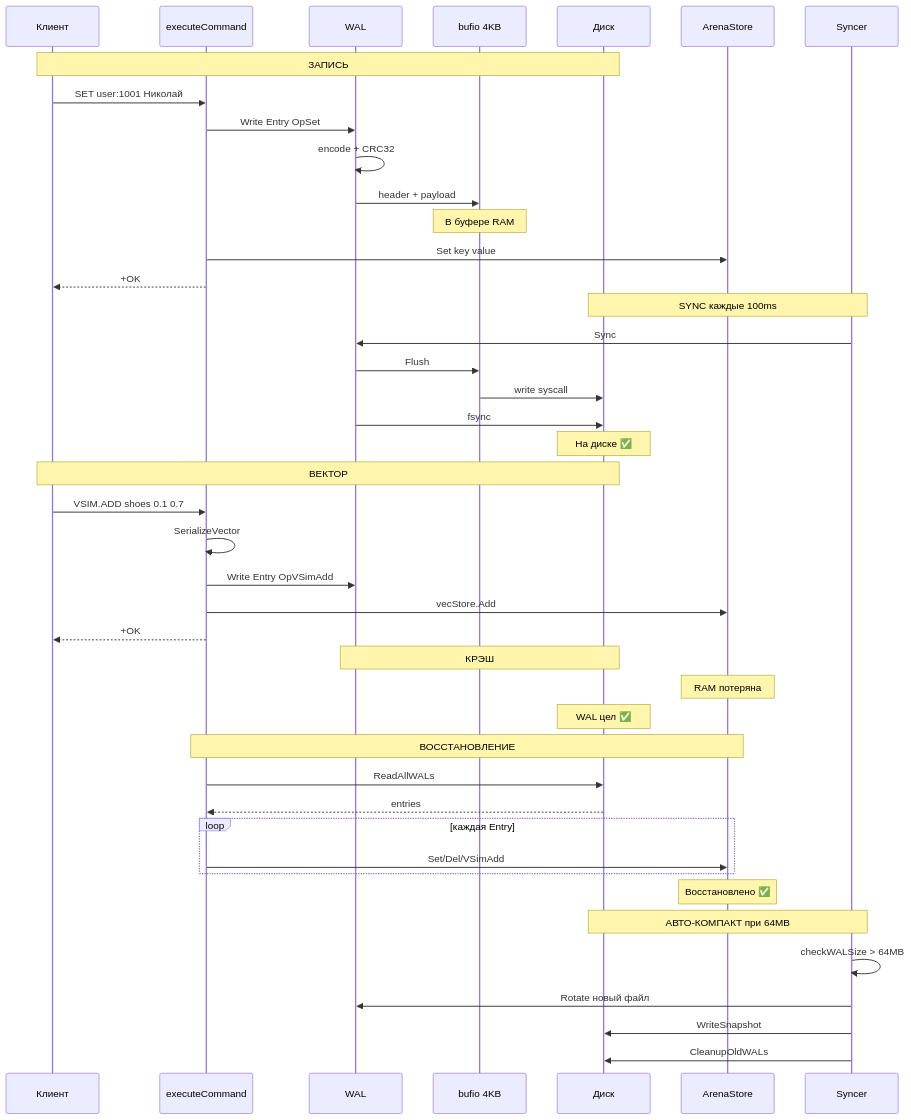
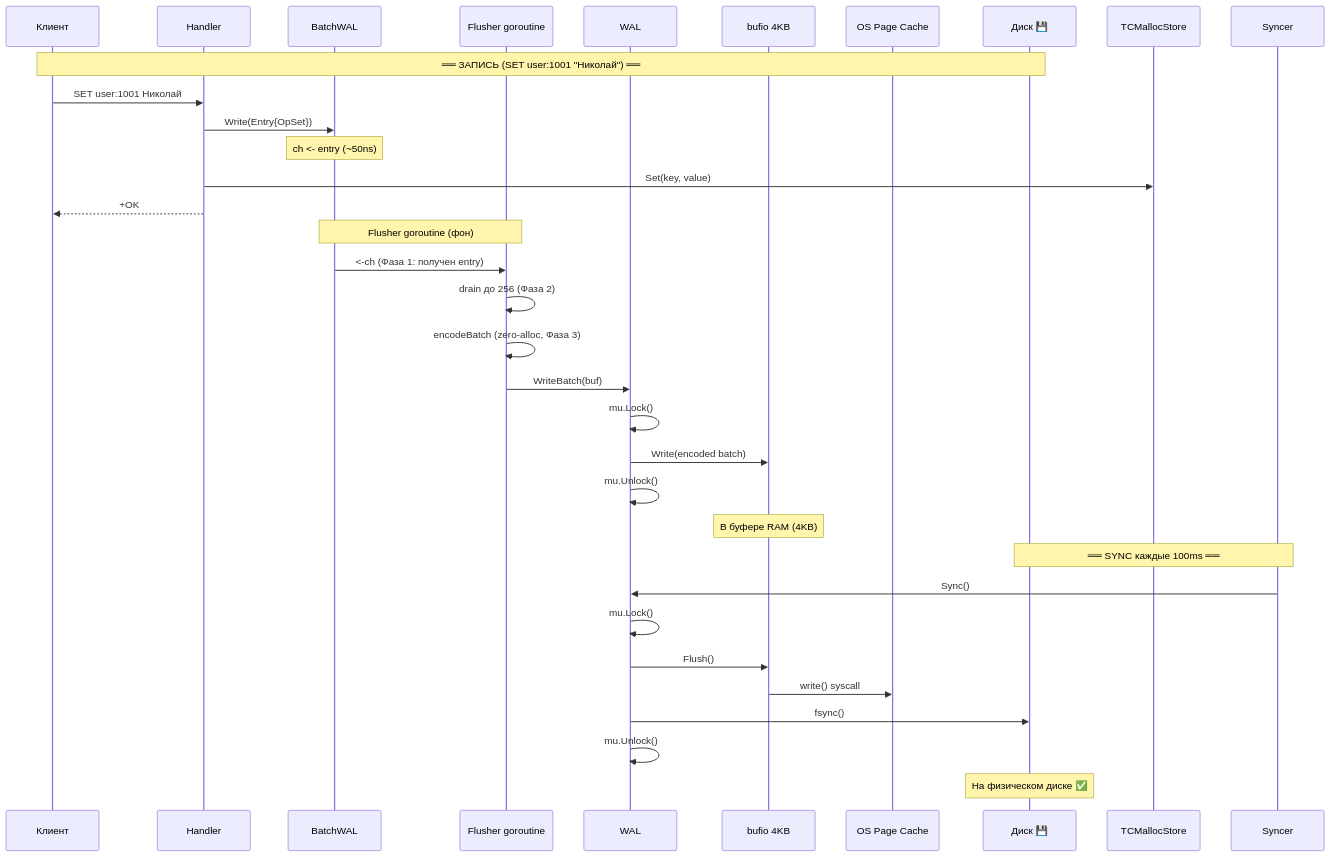
One commit to Nikolay1994Kaz/storage_in_memory changed the third of 5 diagrams in docs/wal_walkthrough.md. Above: the diagram before and after it, drawn with Mermaid. The commit also changed other lines of this file and 4 other files, not shown here.

Commit message:
wal: поддержка кодов операций в snapshot/compaction и интеграция VectorStore, обновление тестов и документации

````diff
--- a/docs/wal_walkthrough.md
+++ b/docs/wal_walkthrough.md
@@ -977,51 +1469,39 @@
 ```mermaid
 sequenceDiagram
-    participant Client as Клиент
-    participant Cmd as executeCommand
-    participant WAL as WAL
-    participant Buf as bufio 4KB
-    participant Disk as Диск
-    participant Store as ArenaStore
-    participant Sync as Syncer
+    participant C as Клиент
+    participant H as Handler
+    participant BW as BatchWAL
+    participant F as Flusher goroutine
+    participant W as WAL
+    participant Bio as bufio 4KB
+    participant PC as OS Page Cache
+    participant D as Диск 💾
+    participant S as TCMallocStore
+    participant Syn as Syncer
 
-    Note over Client,Disk: ЗАПИСЬ
-    Client->>Cmd: SET user:1001 Николай
-    Cmd->>WAL: Write Entry OpSet
-    WAL->>WAL: encode + CRC32
-    WAL->>Buf: header + payload
-    Note over Buf: В буфере RAM
-    Cmd->>Store: Set key value
-    Cmd-->>Client: +OK
+    Note over C,D: ══ ЗАПИСЬ (SET user:1001 "Николай") ══
+    C->>H: SET user:1001 Николай
+    H->>BW: Write(Entry{OpSet})
+    Note over BW: ch <- entry (~50ns)
+    H->>S: Set(key, value)
+    H-->>C: +OK
 
-    Note over Sync,Disk: SYNC каждые 100ms
-    Sync->>WAL: Sync
-    WAL->>Buf: Flush
-    Buf->>Disk: write syscall
-    WAL->>Disk: fsync
-    Note over Disk: На диске ✅
+    Note over BW,F: Flusher goroutine (фон)
+    BW->>F: <-ch (Фаза 1: получен entry)
+    F->>F: drain до 256 (Фаза 2)
+    F->>F: encodeBatch (zero-alloc, Фаза 3)
+    F->>W: WriteBatch(buf)
+    W->>W: mu.Lock()
+    W->>Bio: Write(encoded batch)
+    W->>W: mu.Unlock()
+    Note over Bio: В буфере RAM (4KB)
 
-    Note over Client,Disk: ВЕКТОР
-    Client->>Cmd: VSIM.ADD shoes 0.1 0.7
-    Cmd->>Cmd: SerializeVector
-    Cmd->>WAL: Write Entry OpVSimAdd
-    Cmd->>Store: vecStore.Add
-    Cmd-->>Client: +OK
-
-    Note over WAL,Disk: КРЭШ
-    Note over Store: RAM потеряна
-    Note over Disk: WAL цел ✅
-
-    Note over Cmd,Store: ВОССТАНОВЛЕНИЕ
-    Cmd->>Disk: ReadAllWALs
-    Disk-->>Cmd: entries
-    loop каждая Entry
-        Cmd->>Store: Set/Del/VSimAdd
-    end
-    Note over Store: Восстановлено ✅
-
-    Note over Sync,Disk: АВТО-КОМПАКТ при 64MB
-    Sync->>Sync: checkWALSize > 64MB
-    Sync->>WAL: Rotate новый файл
-    Sync->>Disk: WriteSnapshot
-    Sync->>Disk: CleanupOldWALs
+    Note over Syn,D: ══ SYNC каждые 100ms ══
+    Syn->>W: Sync()
+    W->>W: mu.Lock()
+    W->>Bio: Flush()
+    Bio->>PC: write() syscall
+    W->>D: fsync()
+    W->>W: mu.Unlock()
+    Note over D: На физическом диске ✅
 ```
````
